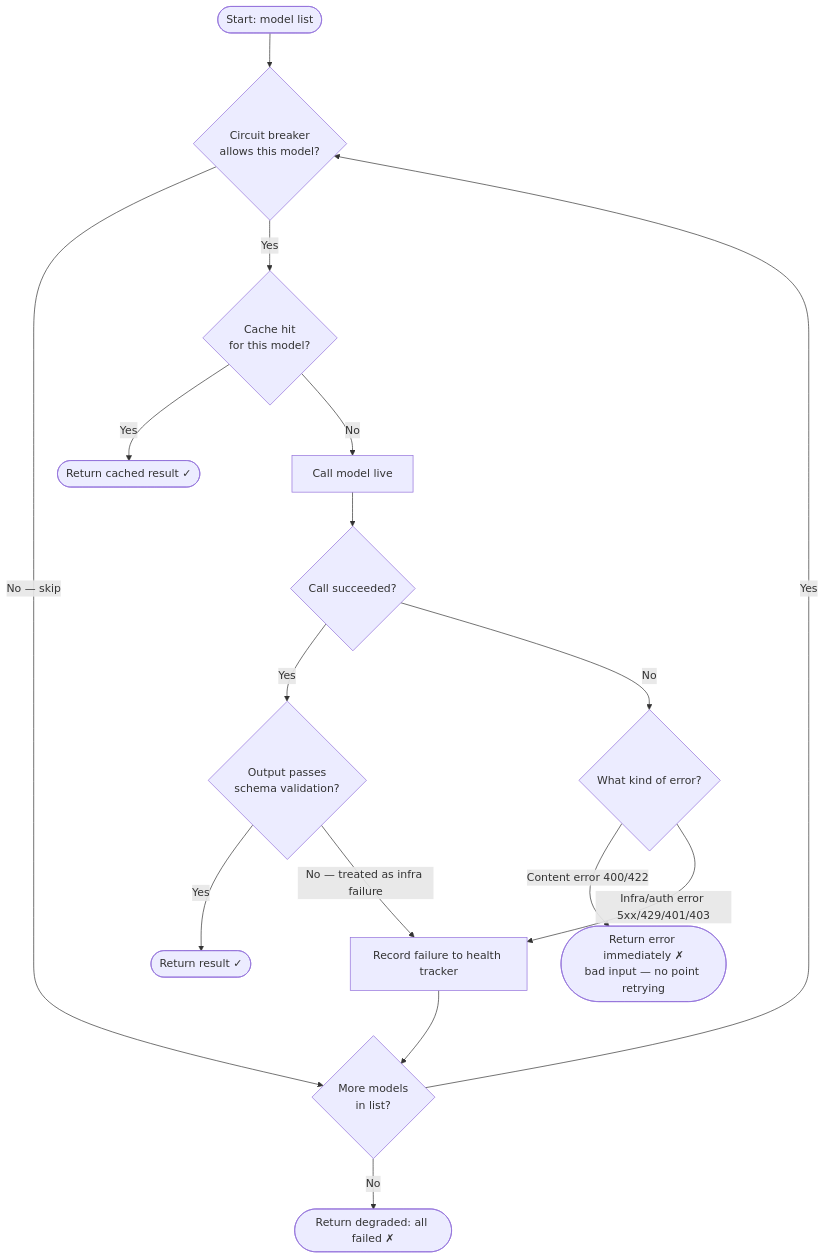
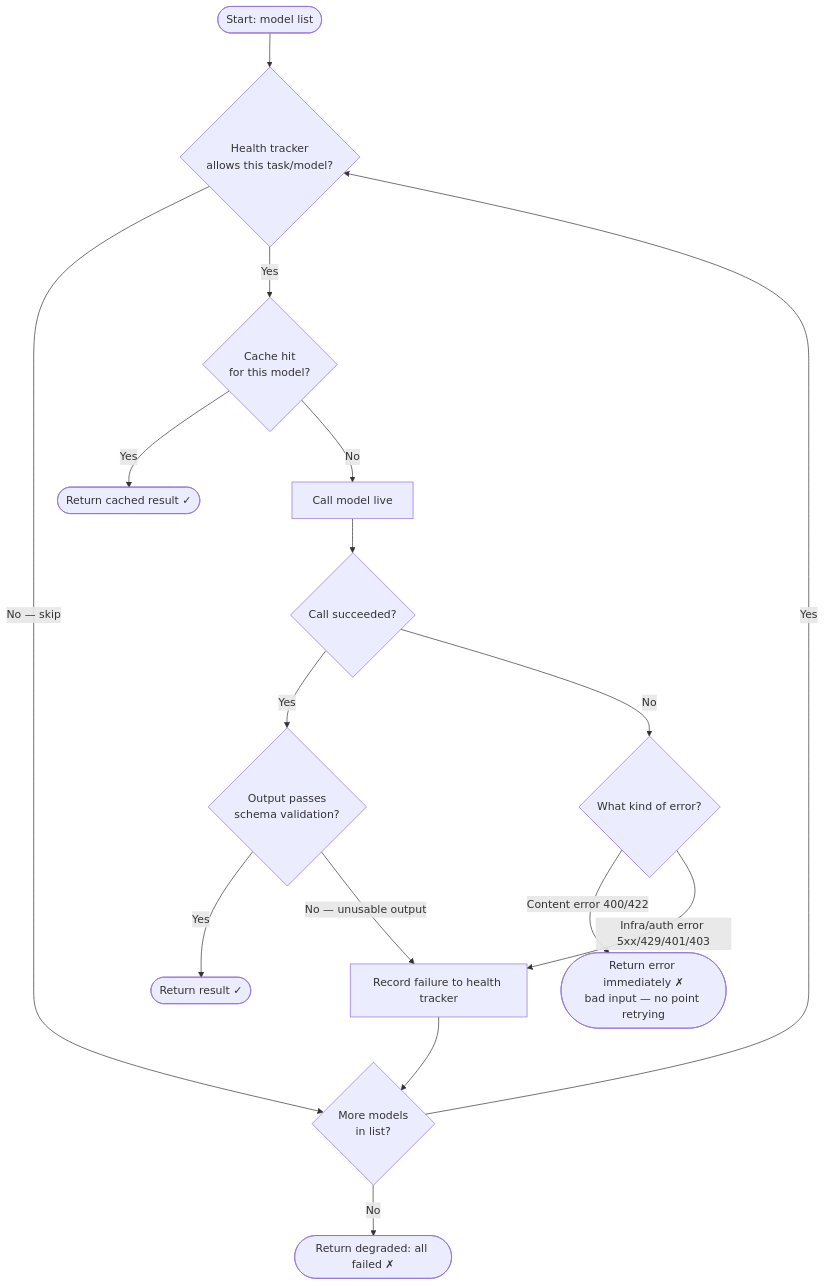
One commit to Anushka-meesho/llm_platform changed the first of 2 diagrams in llm_platform_go/docs/05-fallback-chain.md. Above: the diagram before and after it, drawn with Mermaid. The commit also changed other lines of this file and 48 other files, not shown here.

````diff
--- a/llm_platform_go/docs/05-fallback-chain.md
+++ b/llm_platform_go/docs/05-fallback-chain.md
@@ -15,18 +15,18 @@
 ```mermaid
 flowchart TD
-    Start([Start: model list]) --> Gate{Circuit breaker<br/>allows this model?}
+    Start([Start: model list]) --> Gate{Health tracker<br/>allows this task/model?}
     Gate -->|No — skip| Next
     Gate -->|Yes| Cache{Cache hit<br/>for this model?}
     Cache -->|Yes| Done([Return cached result ✓])
     Cache -->|No| Call[Call model live]
     Call --> Success{Call succeeded?}
     Success -->|Yes| Valid{Output passes<br/>schema validation?}
     Valid -->|Yes| Done2([Return result ✓])
-    Valid -->|No — treated as infra failure| Record[Record failure to health tracker]
+    Valid -->|No — unusable output| Record[Record failure to health tracker]
     Success -->|No| Error{What kind of error?}
     Error -->|Content error 400/422| Halt([Return error immediately ✗<br/>bad input — no point retrying])
     Error -->|Infra/auth error 5xx/429/401/403| Record
     Record --> Next{More models<br/>in list?}
     Next -->|Yes| Gate
     Next -->|No| Degraded([Return degraded: all failed ✗])
 ```
````
